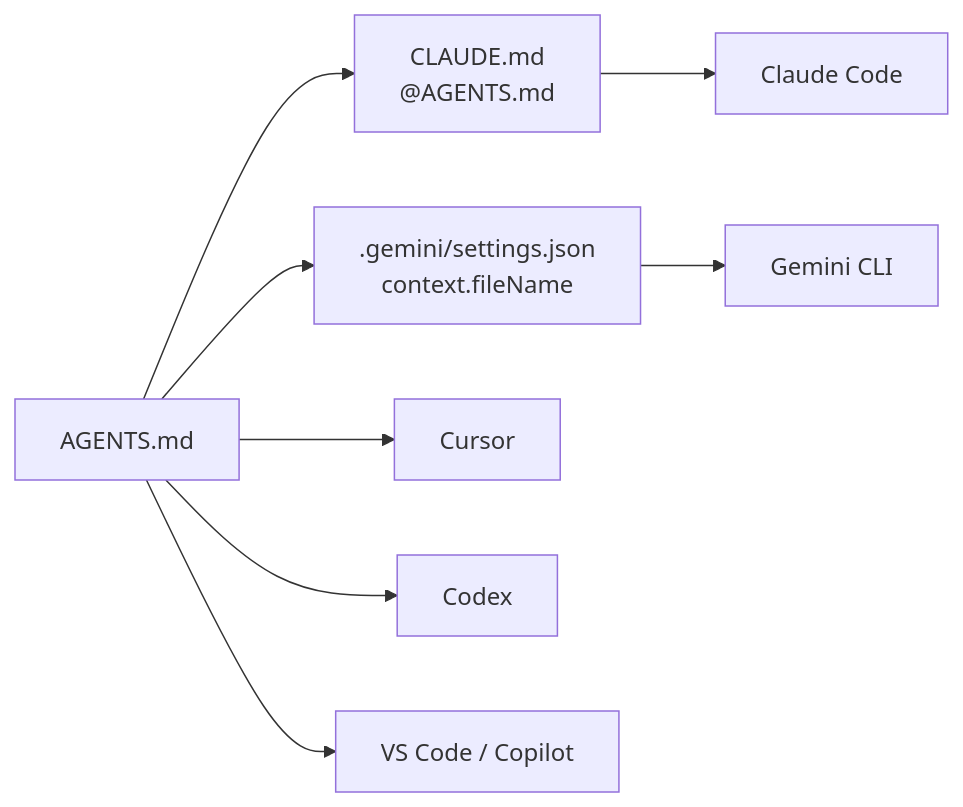
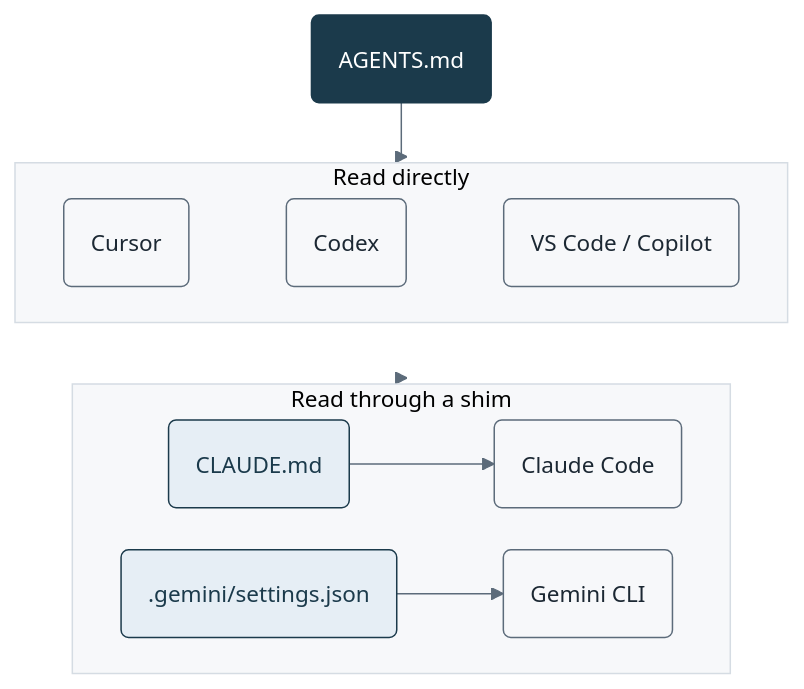
Before and after one commit to santoshshinde2012/over-ai-engineering: the first of 2 diagrams in README.md, drawn with Mermaid. The commit also changed other lines of this file and 1 other file, not shown here.

Commit message:
Give the README diagrams an enterprise palette.
The default Mermaid theme read as a sketch, and the apply path had no figure.

````diff
--- a/README.md
+++ b/README.md
@@ -19,15 +19,38 @@
 ```mermaid
-flowchart LR
+%%{init: {'theme': 'base', 'themeCSS': '.flowchart-link[style*=stroke-width] { marker-end: none !important; }', 'flowchart': {'htmlLabels': false, 'curve': 'step', 'padding': 18, 'nodeSpacing': 28, 'rankSpacing': 40}, 'themeVariables': {'fontFamily': 'arial', 'fontSize': '15px', 'lineColor': '#5C6B7A', 'textColor': '#1C2833', 'primaryColor': '#F7F8FA', 'primaryTextColor': '#1C2833', 'primaryBorderColor': '#1B3A4B', 'clusterBkg': '#F7F8FA', 'clusterBorder': '#D5DCE3', 'edgeLabelBackground': '#FFFFFF'}}}%%
+flowchart TB
   accTitle: One source of truth, thin shims
-  accDescr: Cursor, Codex, and VS Code read AGENTS.md directly. Claude Code reads it through CLAUDE.md, and Gemini CLI through .gemini/settings.json.
+  accDescr: Cursor, Codex, and VS Code read AGENTS.md directly. Claude Code reads it through CLAUDE.md, and Gemini CLI through .gemini/settings.json. Navy is the source file. Blue is a shim.
 
-  agents["AGENTS.md"]
-  claudeShim["CLAUDE.md<br/>@AGENTS.md"]
-  geminiShim[".gemini/settings.json<br/>context.fileName"]
+  agents("AGENTS.md")
 
-  agents --> cursor["Cursor"]
-  agents --> codex["Codex"]
-  agents --> copilot["VS Code / Copilot"]
-  agents --> claudeShim --> claude["Claude Code"]
-  agents --> geminiShim --> gemini["Gemini CLI"]
+  subgraph direct["Read directly"]
+    direction LR
+    cursor("Cursor")
+    codex("Codex")
+    copilot("VS Code / Copilot")
+    cursor ~~~ codex
+    codex ~~~ copilot
+  end
+
+  subgraph via["Read through a shim"]
+    direction LR
+    claudeShim("CLAUDE.md") --> claude("Claude Code")
+    geminiShim(".gemini/settings.json") --> gemini("Gemini CLI")
+  end
+
+  agents --> direct
+  direct --> via
+
+  class agents source
+  class claudeShim,geminiShim shim
+  class cursor,codex,copilot,claude,gemini agent
+
+  classDef source fill:#1B3A4B,stroke:#1B3A4B,color:#FFFFFF
+  classDef shim fill:#E6EEF5,stroke:#1B3A4B,color:#1B3A4B
+  classDef agent fill:#F7F8FA,stroke:#5C6B7A,color:#1C2833
+
+  style direct fill:#F7F8FA,stroke:#D5DCE3,color:#1B3A4B
+  style via fill:#F7F8FA,stroke:#D5DCE3,color:#1B3A4B
+  linkStyle 5 stroke-width:0px,fill:none
 ```
````
